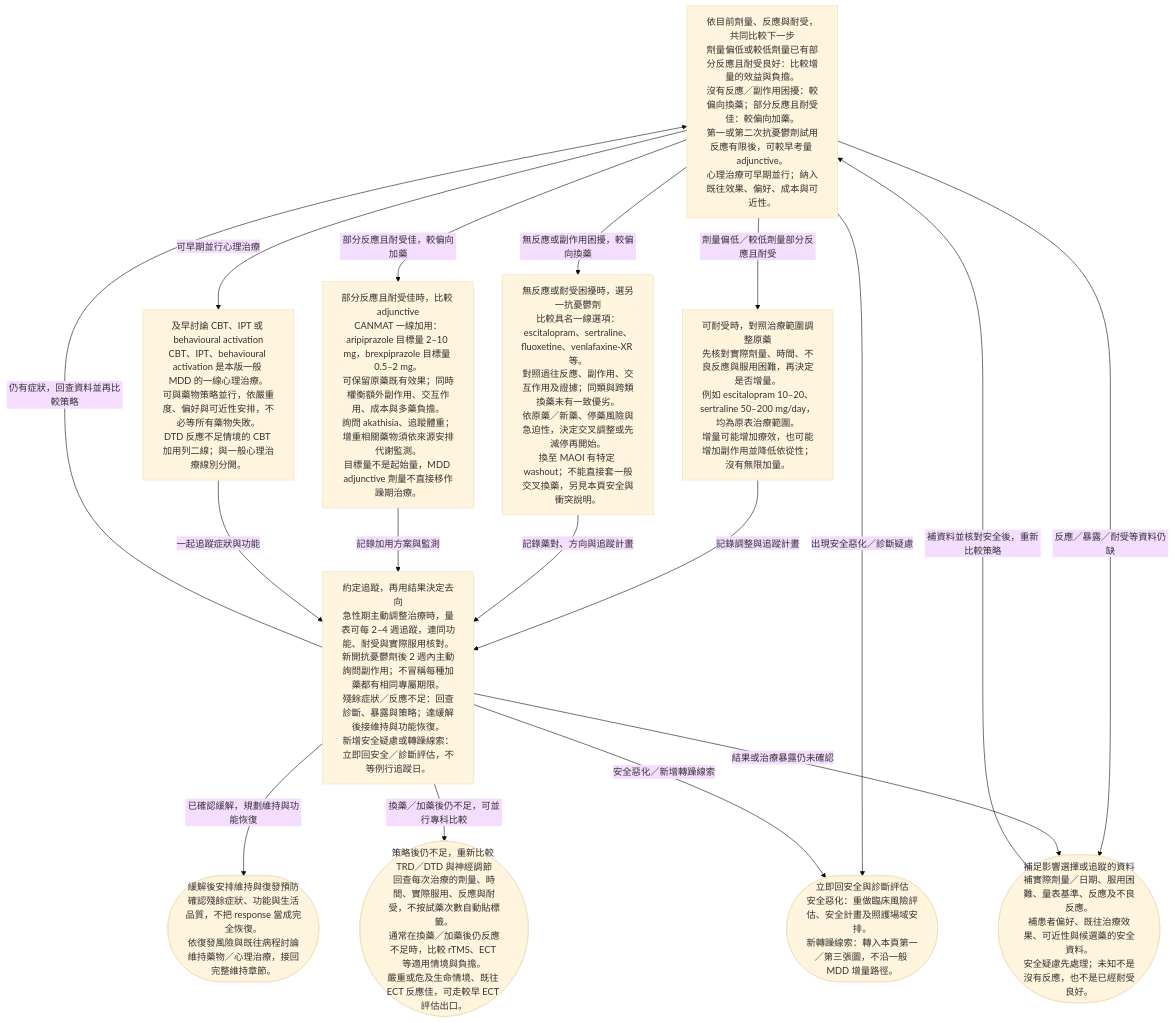
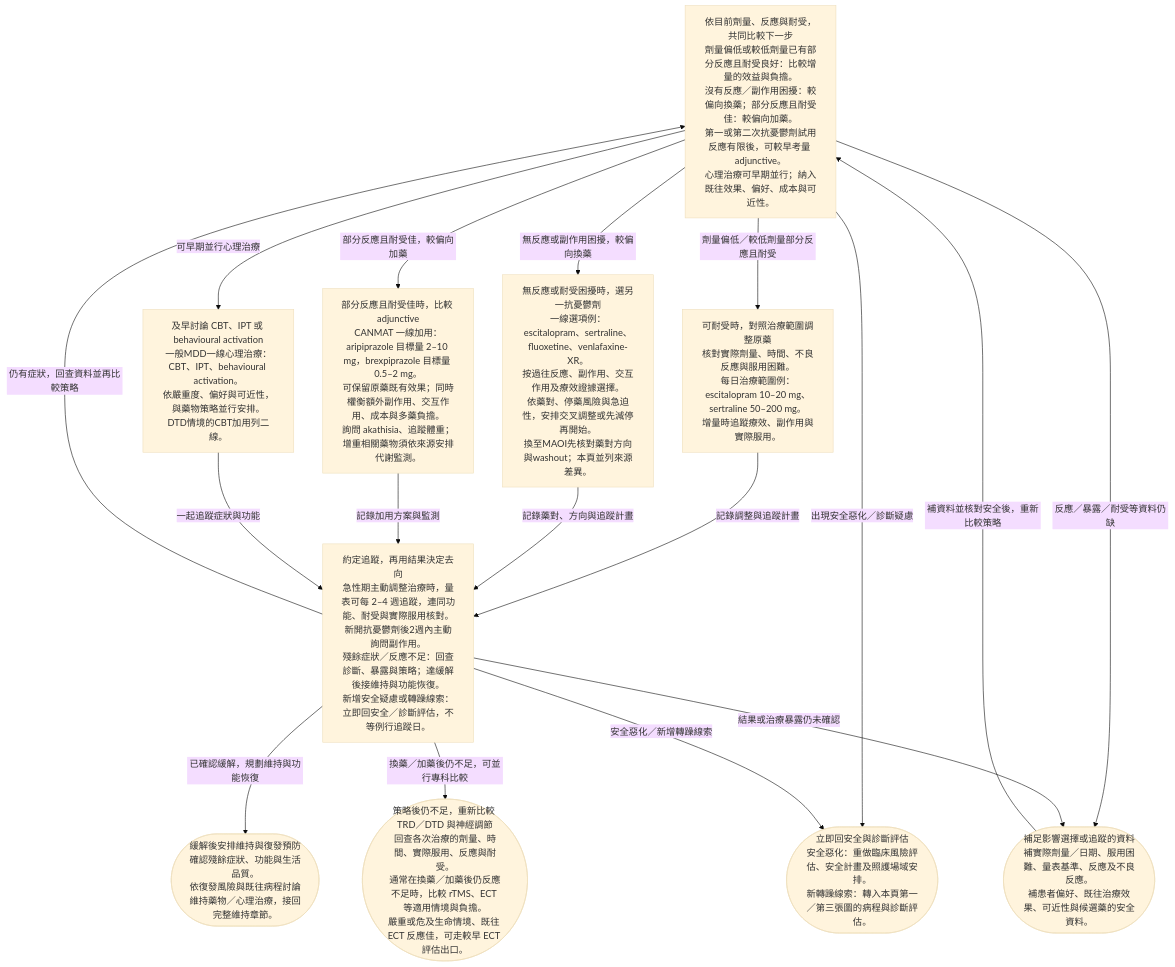
One commit to RoyARVSA/Medwiki changed the diagram in assets/figures/flows/mdd-canmat-strategy.mmd. Above: the diagram before and after it, drawn with Mermaid (base theme). The commit also changed 70 other files, not shown here.

```diff
--- a/assets/figures/flows/mdd-canmat-strategy.mmd
+++ b/assets/figures/flows/mdd-canmat-strategy.mmd
@@ -1,27 +1,27 @@
 flowchart TD
   n0["依目前劑量、反應與耐受，共同比較下一步#10;劑量偏低或較低劑量已有部分反應且耐受良好：比較增量的效益與負擔。#10;沒有反應／副作用困擾：較偏向換藥；部分反應且耐受佳：較偏向加藥。#10;第一或第二次抗憂鬱劑試用反應有限後，可較早考量 adjunctive。#10;心理治療可早期並行；納入既往效果、偏好、成本與可近性。"]
-  n1["可耐受時，對照治療範圍調整原藥#10;先核對實際劑量、時間、不良反應與服用困難，再決定是否增量。#10;例如 escitalopram 10–20、sertraline 50–200 mg/day，均為原表治療範圍。#10;增量可能增加療效，也可能增加副作用並降低依從性；沒有無限加量。"]
-  n2["無反應或耐受困擾時，選另一抗憂鬱劑#10;比較具名一線選項：escitalopram、sertraline、fluoxetine、venlafaxine-XR 等。#10;對照過往反應、副作用、交互作用及證據；同類與跨類換藥未有一致優劣。#10;依原藥／新藥、停藥風險與急迫性，決定交叉調整或先減停再開始。#10;換至 MAOI 有特定 washout；不能直接套一般交叉換藥，另見本頁安全與衝突說明。"]
-  n3["部分反應且耐受佳時，比較 adjunctive#10;CANMAT 一線加用：aripiprazole 目標量 2–10 mg，brexpiprazole 目標量 0.5–2 mg。#10;可保留原藥既有效果；同時權衡額外副作用、交互作用、成本與多藥負擔。#10;詢問 akathisia、追蹤體重；增重相關藥物須依來源安排代謝監測。#10;目標量不是起始量，MDD adjunctive 劑量不直接移作躁期治療。"]
-  n4["及早討論 CBT、IPT 或 behavioural activation#10;CBT、IPT、behavioural activation 是本版一般 MDD 的一線心理治療。#10;可與藥物策略並行，依嚴重度、偏好與可近性安排，不必等所有藥物失敗。#10;DTD 反應不足情境的 CBT 加用列二線；與一般心理治療線別分開。"]
-  n5["約定追蹤，再用結果決定去向#10;急性期主動調整治療時，量表可每 2–4 週追蹤，連同功能、耐受與實際服用核對。#10;新開抗憂鬱劑後 2 週內主動詢問副作用；不冒稱每種加藥都有相同專屬期限。#10;殘餘症狀／反應不足：回查診斷、暴露與策略；達緩解後接維持與功能恢復。#10;新增安全疑慮或轉躁線索：立即回安全／診斷評估，不等例行追蹤日。"]
-  n6(["緩解後安排維持與復發預防#10;確認殘餘症狀、功能與生活品質，不把 response 當成完全恢復。#10;依復發風險與既往病程討論維持藥物／心理治療，接回完整維持章節。"])
-  n7(["策略後仍不足，重新比較 TRD／DTD 與神經調節#10;回查每次治療的劑量、時間、實際服用、反應與耐受，不按試藥次數自動貼標籤。#10;通常在換藥／加藥後仍反應不足時，比較 rTMS、ECT 等適用情境與負擔。#10;嚴重或危及生命情境、既往 ECT 反應佳，可走較早 ECT 評估出口。"])
-  n8(["補足影響選擇或追蹤的資料#10;補實際劑量／日期、服用困難、量表基準、反應及不良反應。#10;補患者偏好、既往治療效果、可近性與候選藥的安全資料。#10;安全疑慮先處理；未知不是沒有反應，也不是已經耐受良好。"])
-  n9(["立即回安全與診斷評估#10;安全惡化：重做臨床風險評估、安全計畫及照護場域安排。#10;新轉躁線索：轉入本頁第一／第三張圖，不沿一般 MDD 增量路徑。"])
+  n1["可耐受時，對照治療範圍調整原藥#10;核對實際劑量、時間、不良反應與服用困難。#10;每日治療範圍例：escitalopram 10–20 mg、sertraline 50–200 mg。#10;增量時追蹤療效、副作用與實際服用。"]
+  n2["無反應或耐受困擾時，選另一抗憂鬱劑#10;一線選項例：escitalopram、sertraline、fluoxetine、venlafaxine-XR。#10;按過往反應、副作用、交互作用及療效證據選擇。#10;依藥對、停藥風險與急迫性，安排交叉調整或先減停再開始。#10;換至MAOI先核對藥對方向與washout；本頁並列來源差異。"]
+  n3["部分反應且耐受佳時，比較 adjunctive#10;CANMAT 一線加用：aripiprazole 目標量 2–10 mg，brexpiprazole 目標量 0.5–2 mg。#10;可保留原藥既有效果；同時權衡額外副作用、交互作用、成本與多藥負擔。#10;詢問 akathisia、追蹤體重；增重相關藥物須依來源安排代謝監測。"]
+  n4["及早討論 CBT、IPT 或 behavioural activation#10;一般MDD一線心理治療：CBT、IPT、behavioural activation。#10;依嚴重度、偏好與可近性，與藥物策略並行安排。#10;DTD情境的CBT加用列二線。"]
+  n5["約定追蹤，再用結果決定去向#10;急性期主動調整治療時，量表可每 2–4 週追蹤，連同功能、耐受與實際服用核對。#10;新開抗憂鬱劑後2週內主動詢問副作用。#10;殘餘症狀／反應不足：回查診斷、暴露與策略；達緩解後接維持與功能恢復。#10;新增安全疑慮或轉躁線索：立即回安全／診斷評估，不等例行追蹤日。"]
+  n6(["緩解後安排維持與復發預防#10;確認殘餘症狀、功能與生活品質。#10;依復發風險與既往病程討論維持藥物／心理治療，接回完整維持章節。"])
+  n7(["策略後仍不足，重新比較 TRD／DTD 與神經調節#10;回查各次治療的劑量、時間、實際服用、反應與耐受。#10;通常在換藥／加藥後仍反應不足時，比較 rTMS、ECT 等適用情境與負擔。#10;嚴重或危及生命情境、既往 ECT 反應佳，可走較早 ECT 評估出口。"])
+  n8(["補足影響選擇或追蹤的資料#10;補實際劑量／日期、服用困難、量表基準、反應及不良反應。#10;補患者偏好、既往治療效果、可近性與候選藥的安全資料。"])
+  n9(["立即回安全與診斷評估#10;安全惡化：重做臨床風險評估、安全計畫及照護場域安排。#10;新轉躁線索：轉入本頁第一／第三張圖的病程與診斷評估。"])
   n0 -->|"劑量偏低／較低劑量部分反應且耐受"| n1
   n0 -->|"無反應或副作用困擾，較偏向換藥"| n2
   n0 -->|"部分反應且耐受佳，較偏向加藥"| n3
   n0 -->|"可早期並行心理治療"| n4
   n0 -->|"反應／暴露／耐受等資料仍缺"| n8
   n0 -->|"出現安全惡化／診斷疑慮"| n9
   n1 -->|"記錄調整與追蹤計畫"| n5
   n2 -->|"記錄藥對、方向與追蹤計畫"| n5
   n3 -->|"記錄加用方案與監測"| n5
   n4 -->|"一起追蹤症狀與功能"| n5
   n5 -->|"已確認緩解，規劃維持與功能恢復"| n6
   n5 -->|"仍有症狀，回查資料並再比較策略"| n0
   n5 -->|"換藥／加藥後仍不足，可並行專科比較"| n7
   n5 -->|"安全惡化／新增轉躁線索"| n9
   n5 -->|"結果或治療暴露仍未確認"| n8
   n8 -->|"補資料並核對安全後，重新比較策略"| n0
```
